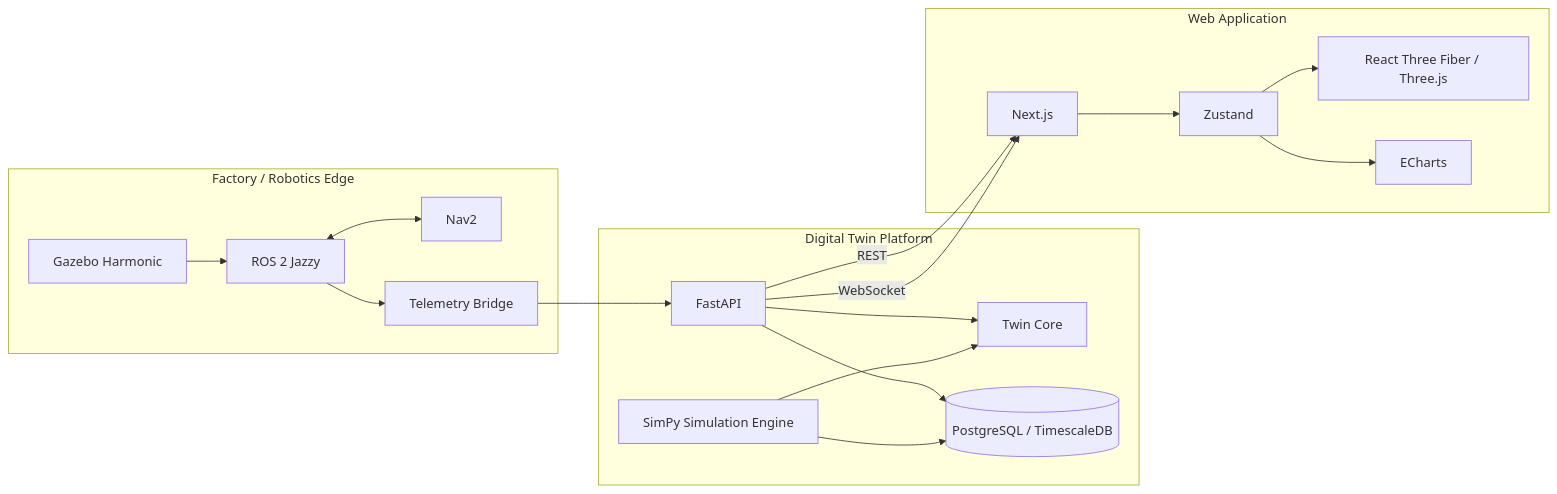
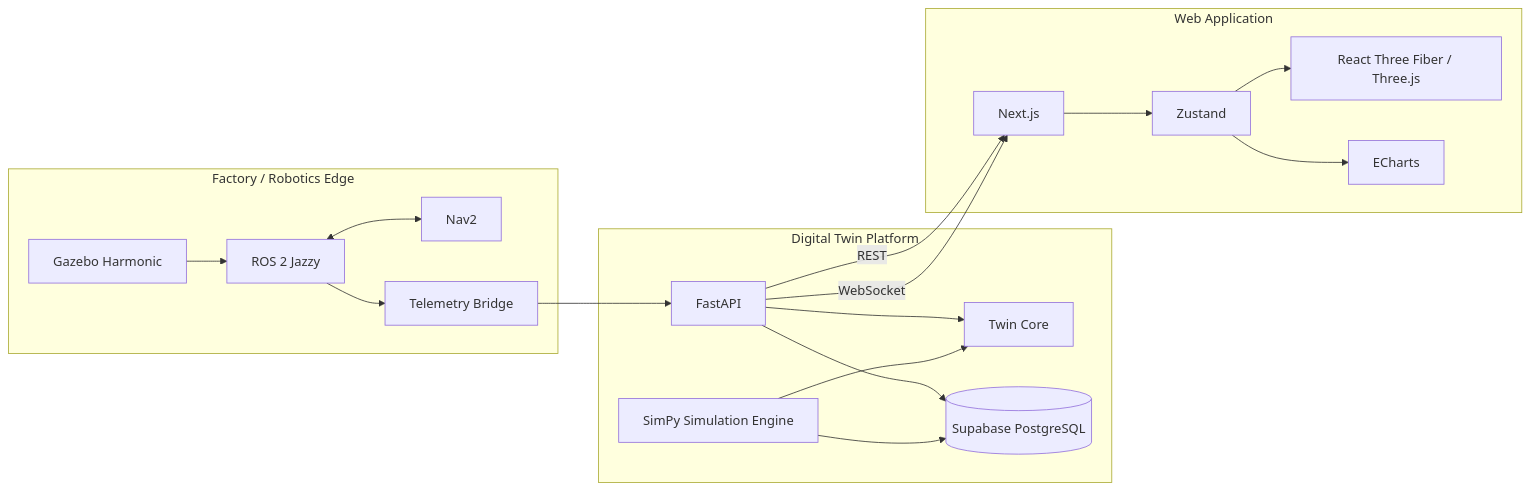
One commit to HoangTuBangGia/EV-Factory-Twin changed the first of 14 diagrams in docs/architecture.md. Above: the diagram before and after it, drawn with Mermaid. The commit also changed other lines of this file and 25 other files, not shown here.

````diff
--- a/docs/architecture.md
+++ b/docs/architecture.md
@@ -333,41 +330,41 @@
 ```mermaid
 flowchart LR
 
     subgraph EDGE["Factory / Robotics Edge"]
         GZ[Gazebo Harmonic]
         ROS[ROS 2 Jazzy]
         NAV[Nav2]
         BRIDGE[Telemetry Bridge]
 
         GZ --> ROS
         ROS <--> NAV
         ROS --> BRIDGE
     end
 
     subgraph PLATFORM["Digital Twin Platform"]
         API[FastAPI]
         CORE[Twin Core]
         SIM[SimPy Simulation Engine]
-        DB[(PostgreSQL / TimescaleDB)]
+        DB[(Supabase PostgreSQL)]
 
         API --> CORE
         SIM --> CORE
         API --> DB
         SIM --> DB
     end
 
     subgraph WEB["Web Application"]
         NEXT[Next.js]
         STATE[Zustand]
         TWIN3D[React Three Fiber / Three.js]
         CHARTS[ECharts]
 
         NEXT --> STATE
         STATE --> TWIN3D
         STATE --> CHARTS
     end
 
     BRIDGE --> API
     API -->|REST| NEXT
     API -->|WebSocket| NEXT
 ```
````
